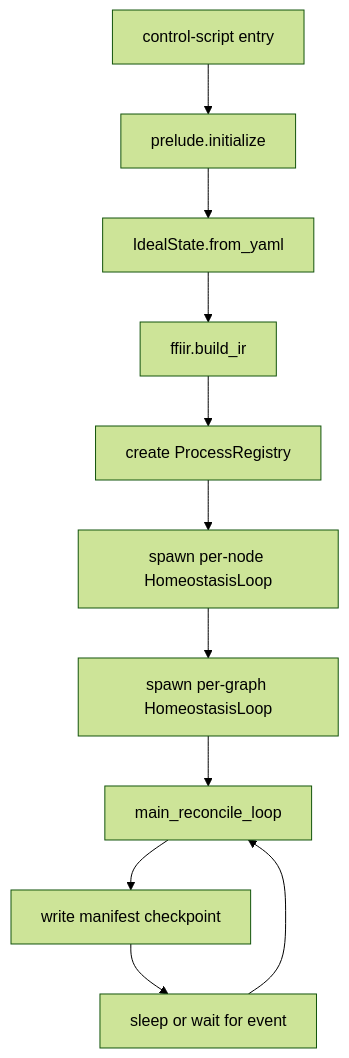
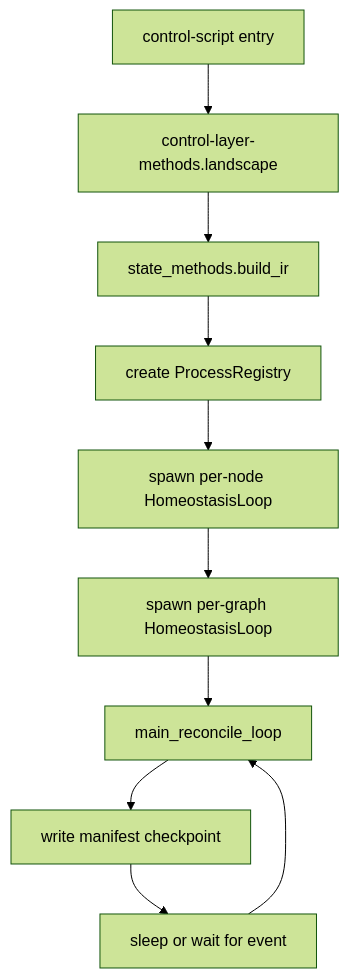
The diagram in communicators/control-script/control-script.md (AnalysisLabs/communicators), drawn with Mermaid (forest theme) before and after one commit. The commit also changed other lines of this file and 26 other files, not shown here.

````diff
--- a/communicators/control-script/control-script.md
+++ b/communicators/control-script/control-script.md
@@ -16,13 +16,12 @@
 ```mermaid
 graph TD
-    A[control-script entry] --> B[prelude.initialize]
-    B --> C[IdealState.from_yaml]
-    C --> D[ffiir.build_ir]
+    A[control-script entry] --> B[control-layer-methods.landscape]
+    B --> D[state_methods.build_ir]
     D --> E[create ProcessRegistry]
     E --> F[spawn per-node HomeostasisLoop]
     F --> G[spawn per-graph HomeostasisLoop]
     G --> H[main_reconcile_loop]
     H --> I[write manifest checkpoint]
     I --> J[sleep or wait for event]
     J --> H
 ```
````
